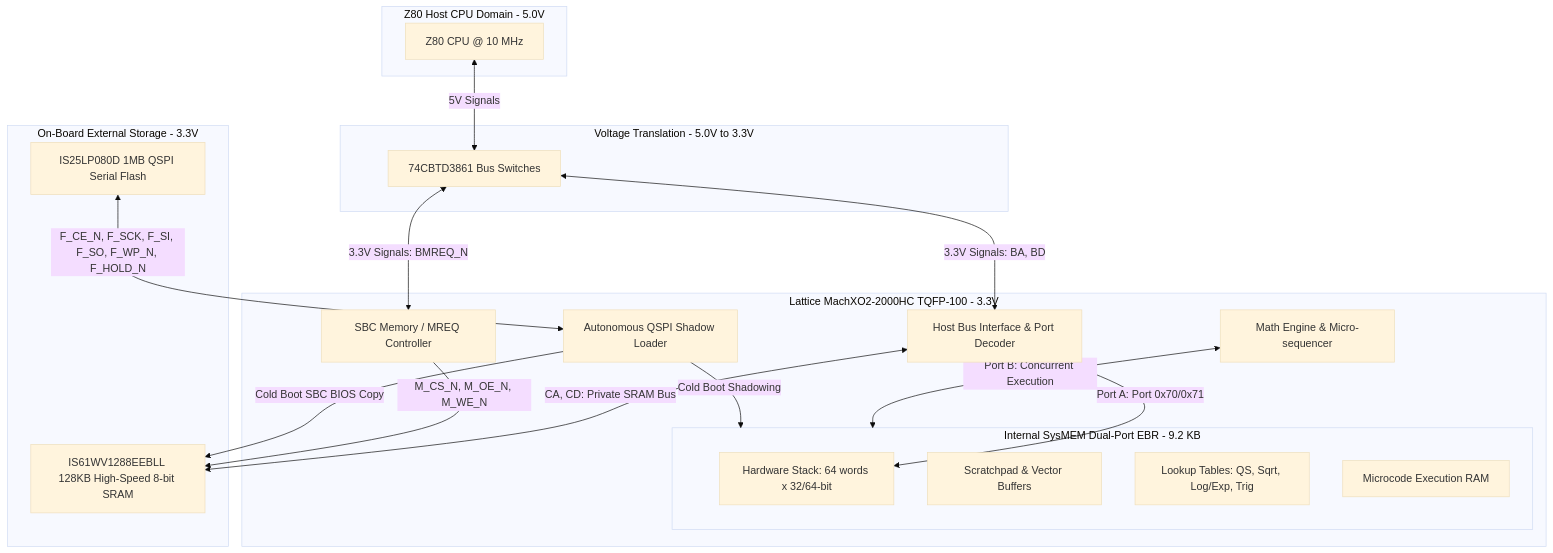
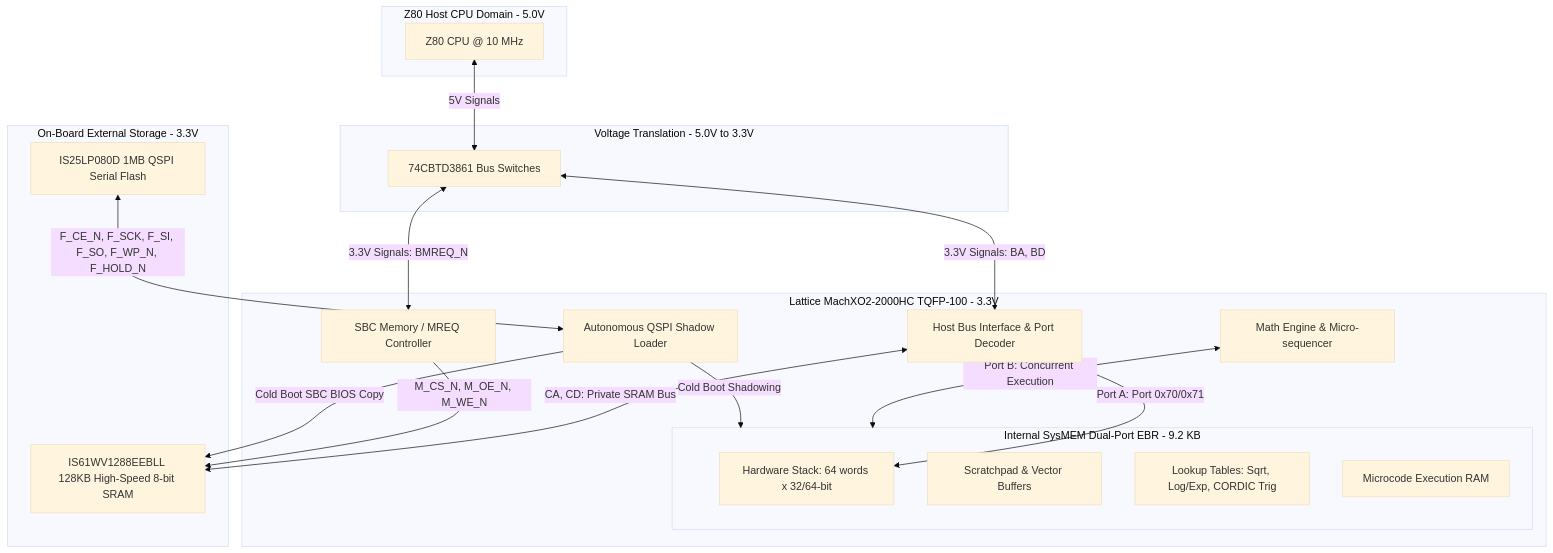
One commit to mmosko/Zx50 changed the diagram in fpu/fpu_rev2/FPU_REV2.md. Above: the diagram before and after it, drawn with Mermaid (base theme). The commit also changed other lines of this file and 2 other files, not shown here.

````diff
--- a/fpu/fpu_rev2/FPU_REV2.md
+++ b/fpu/fpu_rev2/FPU_REV2.md
@@ -15,39 +15,39 @@
 ```mermaid
 graph TD
     subgraph HostDomain [Z80 Host CPU Domain - 5.0V]
         Z80[Z80 CPU @ 10 MHz]
     end
 
     subgraph LevelShifters [Voltage Translation - 5.0V to 3.3V]
         CBT[74CBTD3861 Bus Switches]
     end
 
     subgraph FPGASubsystem [Lattice MachXO2-2000HC TQFP-100 - 3.3V]
         HostIF[Host Bus Interface & Port Decoder]
         MMU[SBC Memory / MREQ Controller]
         subgraph SysMEM [Internal SysMEM Dual-Port EBR - 9.2 KB]
             Stack[Hardware Stack: 64 words x 32/64-bit]
             Scratch[Scratchpad & Vector Buffers]
-            LUTs[Lookup Tables: QS, Sqrt, Log/Exp, Trig]
+            LUTs[Lookup Tables: Sqrt, Log/Exp, CORDIC Trig]
             UCodeRAM[Microcode Execution RAM]
         end
         Core[Math Engine & Micro-sequencer]
         BootLdr[Autonomous QSPI Shadow Loader]
     end
 
     subgraph OnBoardMem [On-Board External Storage - 3.3V]
         ExtSRAM[IS61WV1288EEBLL 128KB High-Speed 8-bit SRAM]
         QSPI[IS25LP080D 1MB QSPI Serial Flash]
     end
 
     Z80 <-->|5V Signals| CBT
     CBT <-->|3.3V Signals: BA, BD| HostIF
     CBT <-->|3.3V Signals: BMREQ_N| MMU
     HostIF <-->|CA, CD: Private SRAM Bus| ExtSRAM
     MMU -->|M_CS_N, M_OE_N, M_WE_N| ExtSRAM
     HostIF <-->|Port A: Port 0x70/0x71| Stack
     Core <-->|Port B: Concurrent Execution| SysMEM
     BootLdr -->|Cold Boot Shadowing| SysMEM
     BootLdr -->|Cold Boot SBC BIOS Copy| ExtSRAM
     QSPI <-->|F_CE_N, F_SCK, F_SI, F_SO, F_WP_N, F_HOLD_N| BootLdr
 ```
````
